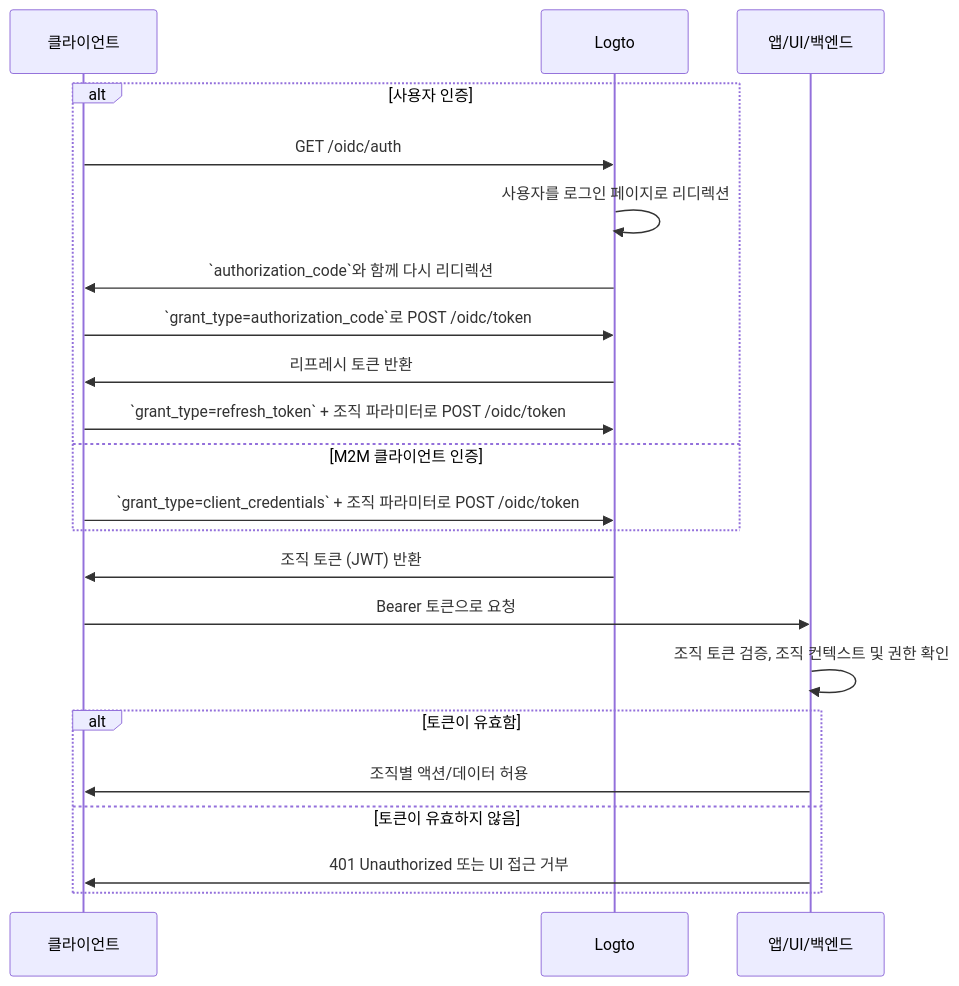
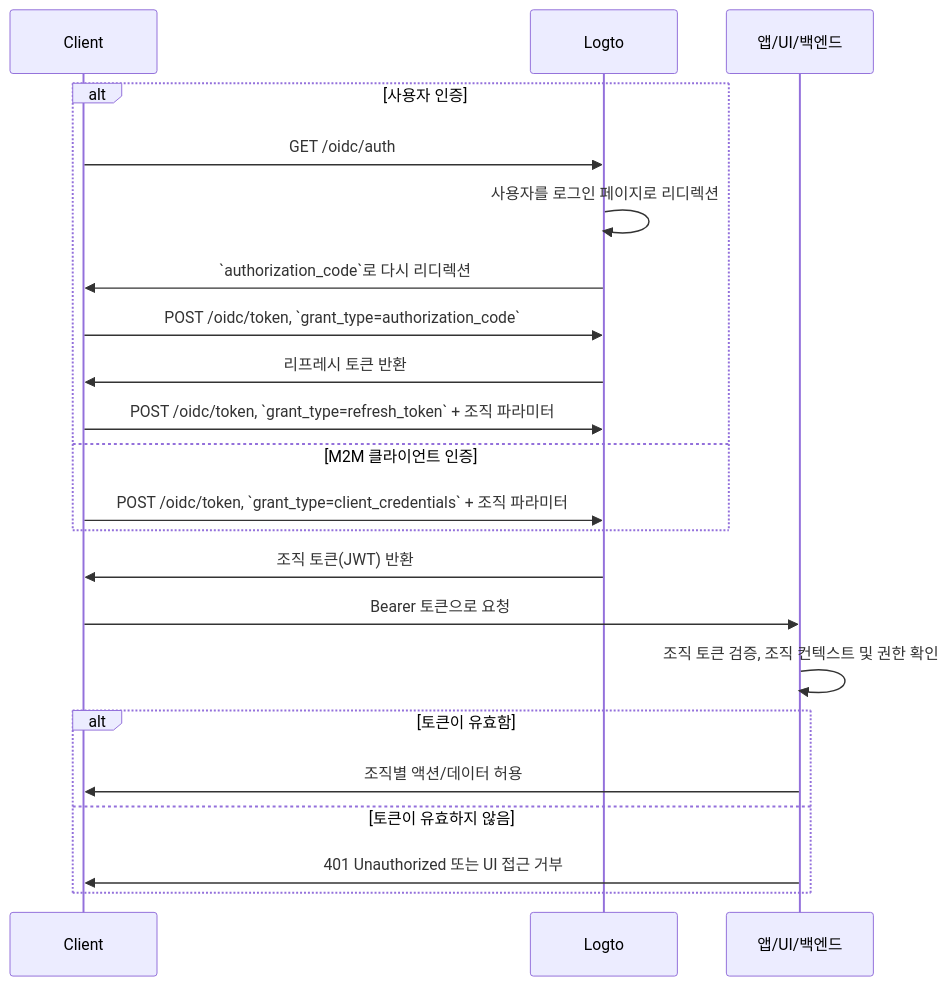
Before and after one commit to logto-io/docs: the diagram in i18n/ko/docusaurus-plugin-content-docs/current/authorization/organization-permissions.mdx, drawn with Mermaid. The commit also changed other lines of this file and 36 other files, not shown here.

````diff
--- a/i18n/ko/docusaurus-plugin-content-docs/current/authorization/organization-permissions.mdx
+++ b/i18n/ko/docusaurus-plugin-content-docs/current/authorization/organization-permissions.mdx
@@ -58,27 +59,27 @@
 ```mermaid
 sequenceDiagram
-    participant Client as 클라이언트
-    participant Logto as Logto
+    participant Client
+    participant Logto
     participant App as 앱/UI/백엔드
 
     alt 사용자 인증
         Client->>Logto: GET /oidc/auth
         Logto->>Logto: 사용자를 로그인 페이지로 리디렉션
-        Logto->>Client: `authorization_code`와 함께 다시 리디렉션
-        Client->>Logto: `grant_type=authorization_code`로 POST /oidc/token
+        Logto->>Client: `authorization_code`로 다시 리디렉션
+        Client->>Logto: POST /oidc/token, `grant_type=authorization_code`
         Logto->>Client: 리프레시 토큰 반환
-        Client->>Logto: `grant_type=refresh_token` + 조직 파라미터로 POST /oidc/token
+        Client->>Logto: POST /oidc/token, `grant_type=refresh_token` + 조직 파라미터
     else M2M 클라이언트 인증
-        Client->>Logto: `grant_type=client_credentials` + 조직 파라미터로 POST /oidc/token
+        Client->>Logto: POST /oidc/token, `grant_type=client_credentials` + 조직 파라미터
     end
 
-    Logto->>Client: 조직 토큰 (JWT) 반환
+    Logto->>Client: 조직 토큰(JWT) 반환
     Client->>App: Bearer 토큰으로 요청
     App->>App: 조직 토큰 검증, 조직 컨텍스트 및 권한 확인
 
     alt 토큰이 유효함
         App->>Client: 조직별 액션/데이터 허용
     else 토큰이 유효하지 않음
         App->>Client: 401 Unauthorized 또는 UI 접근 거부
     end
 ```
````
